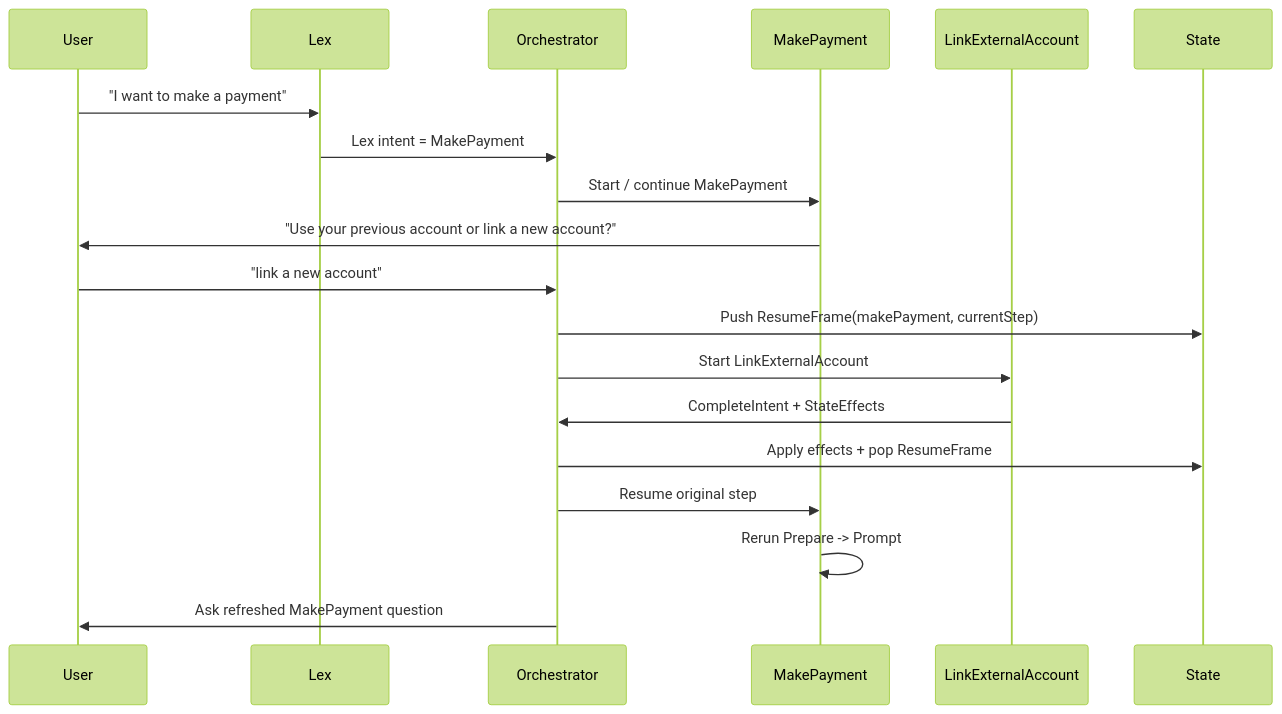
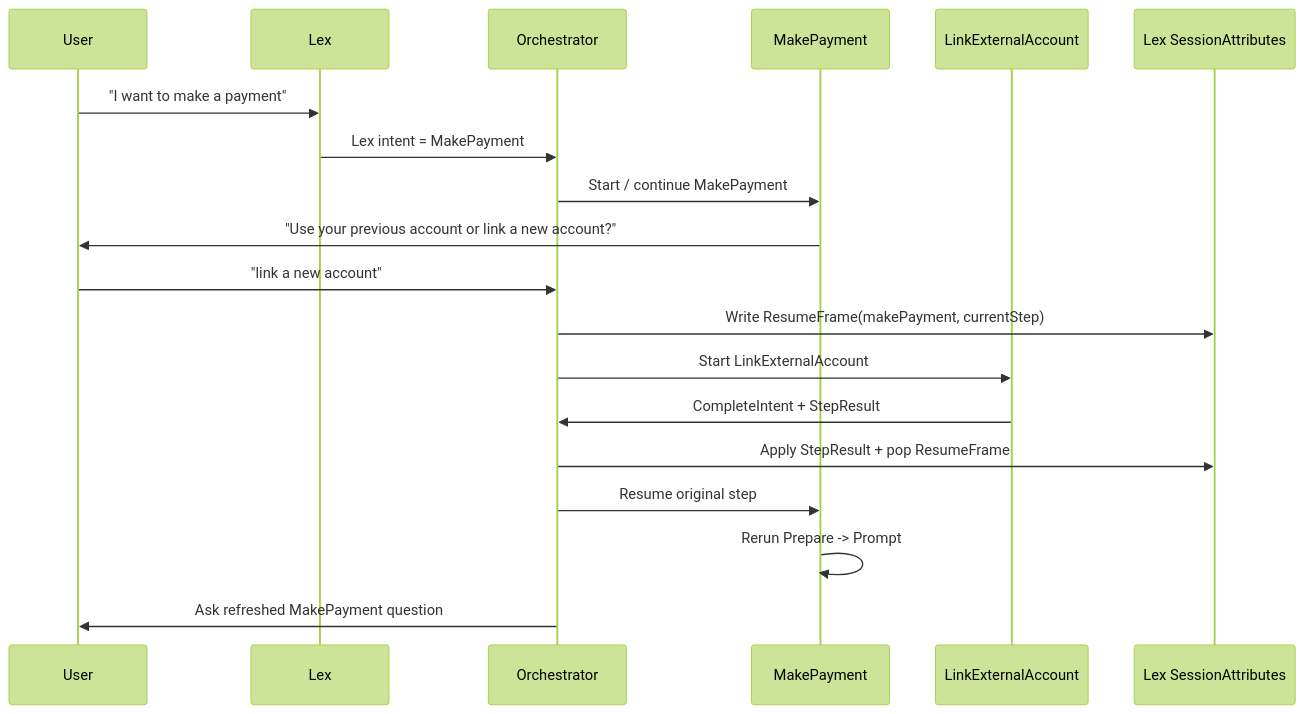
One commit to fghjkl007/adk-go-company-model-integration changed the third of 8 diagrams in docs/superpowers/specs/2026-06-07-intent-step-orchestration-confluence.md. Above: the diagram before and after it, drawn with Mermaid (forest theme). The commit also changed other lines of this file, not shown here.

Commit message:
docs: align demo diagrams with session attributes

````diff
--- a/docs/superpowers/specs/2026-06-07-intent-step-orchestration-confluence.md
+++ b/docs/superpowers/specs/2026-06-07-intent-step-orchestration-confluence.md
@@ -69,22 +68,22 @@
 ```mermaid
 sequenceDiagram
   participant User
   participant Lex
   participant Orchestrator
   participant MakePayment
   participant LinkExternalAccount
-  participant State
+  participant SessionAttributes as Lex SessionAttributes
 
   User->>Lex: "I want to make a payment"
   Lex->>Orchestrator: Lex intent = MakePayment
   Orchestrator->>MakePayment: Start / continue MakePayment
   MakePayment->>User: "Use your previous account or link a new account?"
   User->>Orchestrator: "link a new account"
-  Orchestrator->>State: Push ResumeFrame(makePayment, currentStep)
+  Orchestrator->>SessionAttributes: Write ResumeFrame(makePayment, currentStep)
   Orchestrator->>LinkExternalAccount: Start LinkExternalAccount
-  LinkExternalAccount->>Orchestrator: CompleteIntent + StateEffects
-  Orchestrator->>State: Apply effects + pop ResumeFrame
+  LinkExternalAccount->>Orchestrator: CompleteIntent + StepResult
+  Orchestrator->>SessionAttributes: Apply StepResult + pop ResumeFrame
   Orchestrator->>MakePayment: Resume original step
   MakePayment->>MakePayment: Rerun Prepare -> Prompt
   Orchestrator->>User: Ask refreshed MakePayment question
 ```
````
